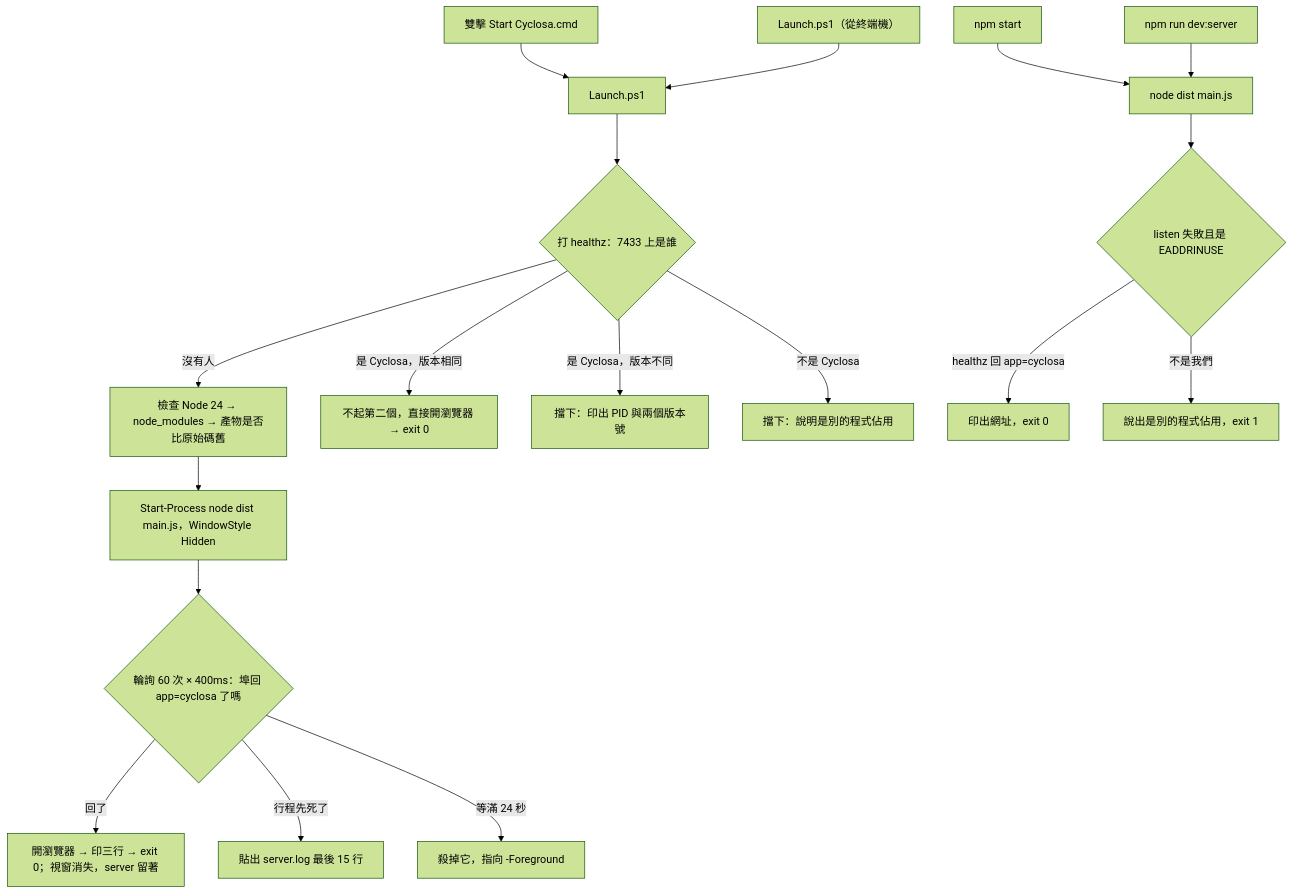
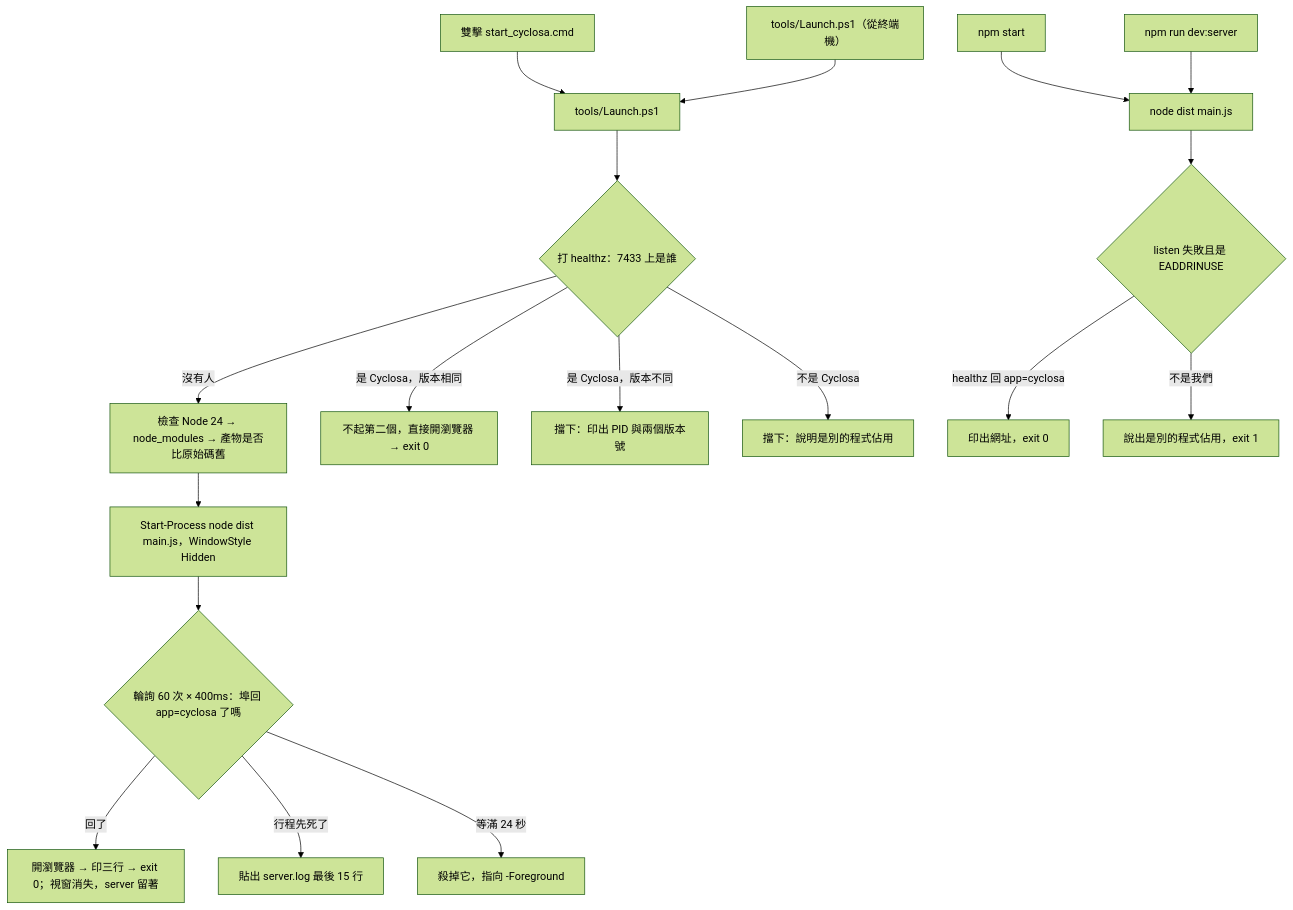
One commit to SpringRain555/cyclosa changed the first of 2 diagrams in docs/architecture/app-lifecycle.md. Above: the diagram before and after it, drawn with Mermaid (forest theme). The commit also changed other lines of this file and 15 other files, not shown here.

First line of the commit message:
chore(tools): 啟動器與驗證腳本搬進 tools\，雙擊目標改名 start_cyclosa.cmd

````diff
--- a/docs/architecture/app-lifecycle.md
+++ b/docs/architecture/app-lifecycle.md
@@ -35,20 +35,20 @@
 ```mermaid
 flowchart TD
-  S1["雙擊 Start Cyclosa.cmd"] --> L["Launch.ps1"]
-  S2["Launch.ps1（從終端機）"] --> L
+  S1["雙擊 start_cyclosa.cmd"] --> L["tools/Launch.ps1"]
+  S2["tools/Launch.ps1（從終端機）"] --> L
   L --> P{"打 healthz：7433 上是誰"}
   P -->|"沒有人"| N1["檢查 Node 24 → node_modules → 產物是否比原始碼舊"]
   P -->|"是 Cyclosa，版本相同"| O1["不起第二個，直接開瀏覽器 → exit 0"]
   P -->|"是 Cyclosa，版本不同"| O2["擋下：印出 PID 與兩個版本號"]
   P -->|"不是 Cyclosa"| O3["擋下：說明是別的程式佔用"]
   N1 --> H["Start-Process node dist main.js，WindowStyle Hidden"]
   H --> W{"輪詢 60 次 × 400ms：埠回 app=cyclosa 了嗎"}
   W -->|"回了"| B["開瀏覽器 → 印三行 → exit 0；視窗消失，server 留著"]
   W -->|"行程先死了"| F1["貼出 server.log 最後 15 行"]
   W -->|"等滿 24 秒"| F2["殺掉它，指向 -Foreground"]
   S3["npm start"] --> D1["node dist main.js"]
   S4["npm run dev:server"] --> D1
   D1 --> D2{"listen 失敗且是 EADDRINUSE"}
   D2 -->|"healthz 回 app=cyclosa"| D3["印出網址，exit 0"]
   D2 -->|"不是我們"| D4["說出是別的程式佔用，exit 1"]
 ```
````
